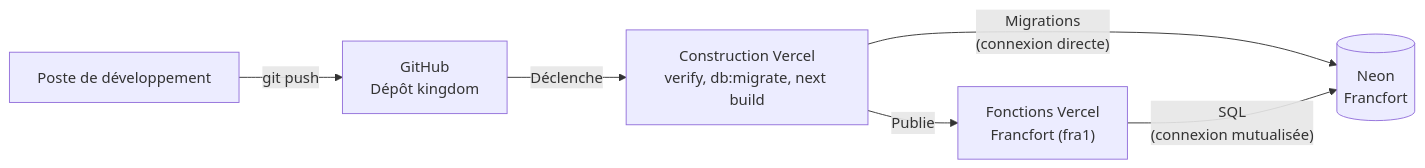
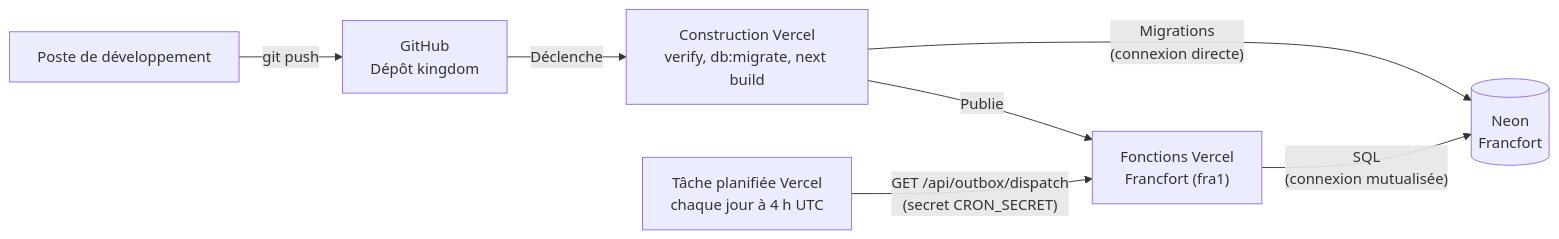
One commit to leon-morival/kingdom changed the fourth of 4 diagrams in docs/architecture.md. Above: the diagram before and after it, drawn with Mermaid. The commit also changed other lines of this file and 6 other files, not shown here.

````diff
--- a/docs/architecture.md
+++ b/docs/architecture.md
@@ -119,8 +137,9 @@
 ```mermaid
 flowchart LR
   poste["Poste de développement"] -->|"git push"| github["GitHub<br/>Dépôt kingdom"]
   github -->|"Déclenche"| build["Construction Vercel<br/>verify, db:migrate, next build"]
   build -->|"Migrations<br/>(connexion directe)"| neon[("Neon<br/>Francfort")]
   build -->|"Publie"| fonctions["Fonctions Vercel<br/>Francfort (fra1)"]
   fonctions -->|"SQL<br/>(connexion mutualisée)"| neon
+  cron["Tâche planifiée Vercel<br/>chaque jour à 4 h UTC"] -->|"GET /api/outbox/dispatch<br/>(secret CRON_SECRET)"| fonctions
 ```
````
